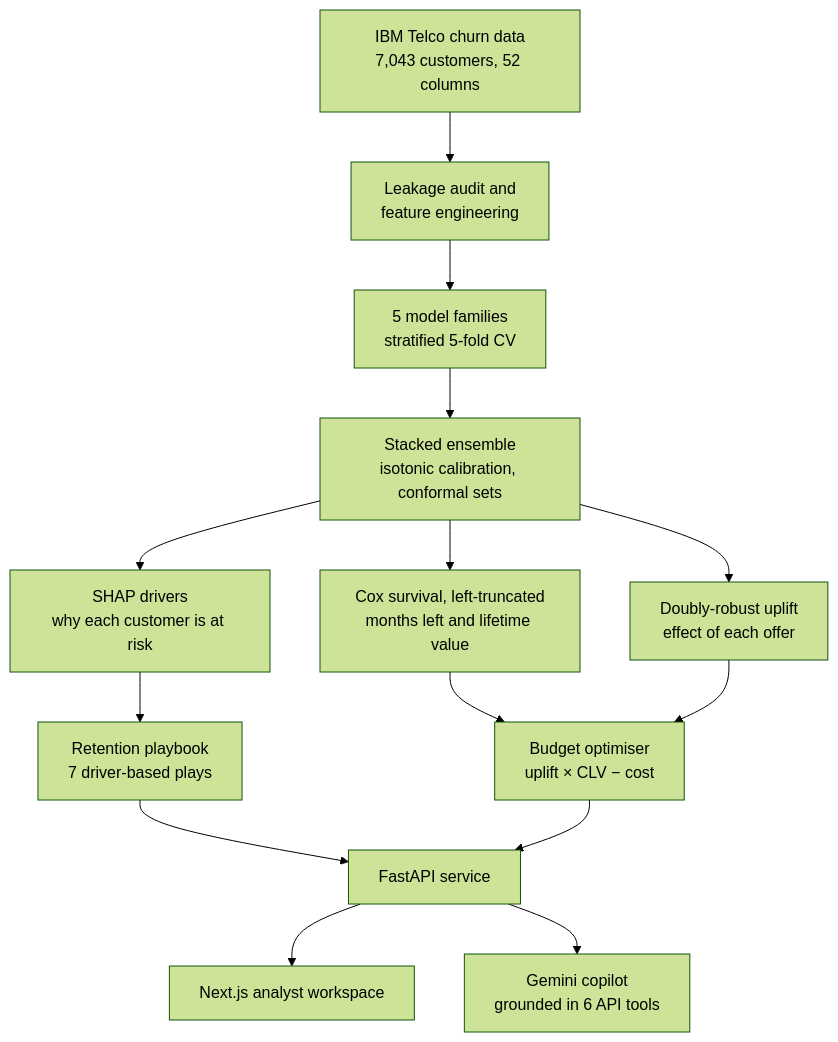
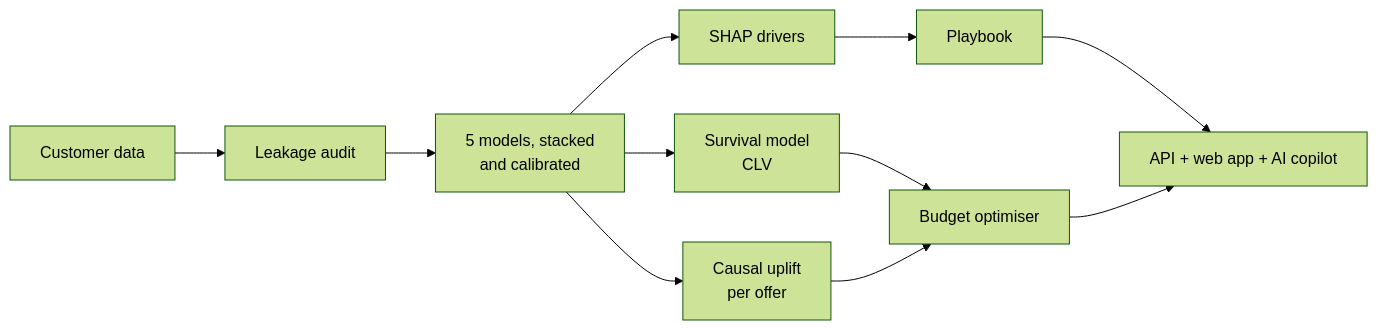
Before and after one commit to ac265640/LightHouse: the diagram in README.md, drawn with Mermaid (forest theme). The commit also changed other lines of this file and 15 other files, not shown here.

````diff
--- a/README.md
+++ b/README.md
@@ -100,16 +70,13 @@
 ```mermaid
-flowchart TD
-    A[IBM Telco churn data<br/>7,043 customers, 52 columns] --> B[Leakage audit and<br/>feature engineering]
-    B --> C[5 model families<br/>stratified 5-fold CV]
-    C --> D[Stacked ensemble<br/>isotonic calibration, conformal sets]
-    D --> E[SHAP drivers<br/>why each customer is at risk]
-    D --> F[Cox survival, left-truncated<br/>months left and lifetime value]
-    D --> G[Doubly-robust uplift<br/>effect of each offer]
-    E --> H[Retention playbook<br/>7 driver-based plays]
-    F --> I[Budget optimiser<br/>uplift × CLV − cost]
-    G --> I
-    H --> J[FastAPI service]
-    I --> J
-    J --> K[Next.js analyst workspace]
-    J --> L[Gemini copilot<br/>grounded in 6 API tools]
+flowchart LR
+    A[Customer data] --> B[Leakage audit]
+    B --> C[5 models, stacked<br/>and calibrated]
+    C --> D[SHAP drivers]
+    C --> E[Survival model<br/>CLV]
+    C --> F[Causal uplift<br/>per offer]
+    D --> G[Playbook]
+    E --> H[Budget optimiser]
+    F --> H
+    G --> I[API + web app + AI copilot]
+    H --> I
 ```
````
